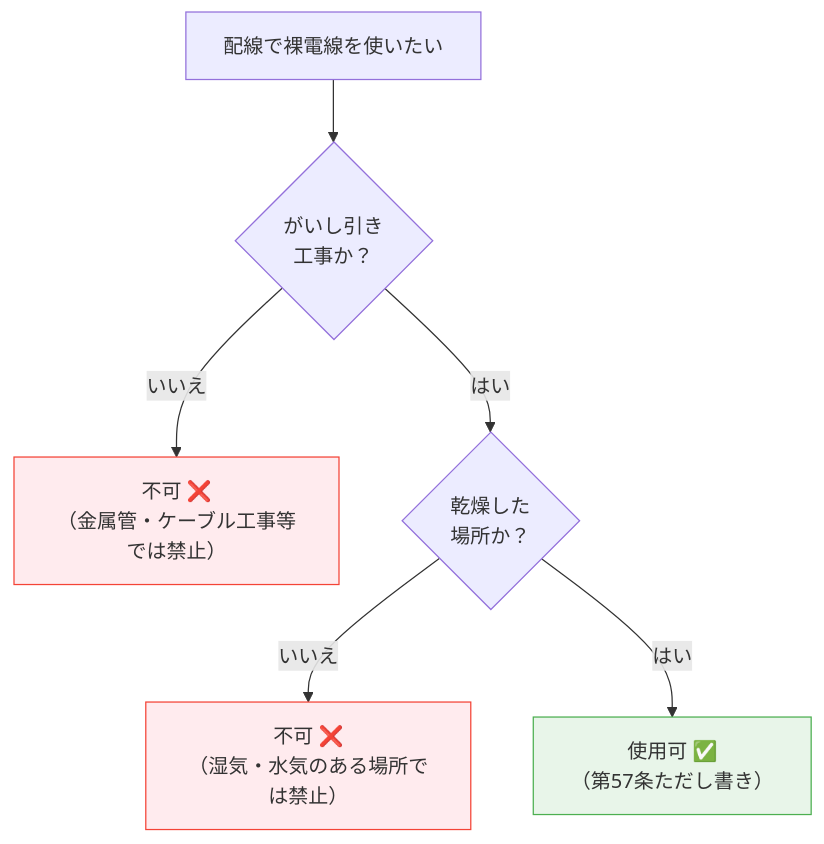
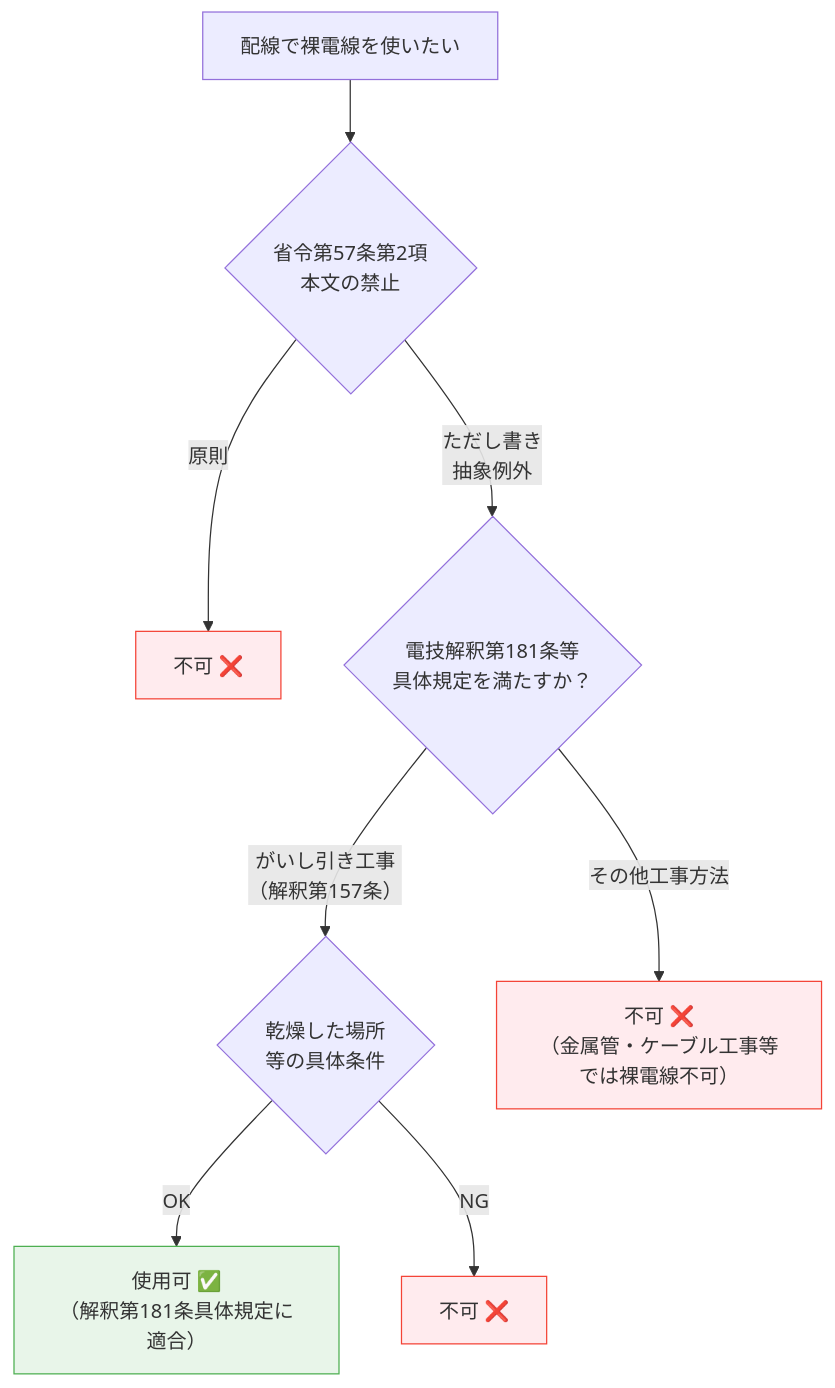
One commit to kfurufuru/denken-wiki changed the diagram in docs/articles/kijun/57.md. Above: the diagram before and after it, drawn with Mermaid. The commit also changed other lines of this file and 13 other files, not shown here.

````diff
--- a/docs/articles/kijun/57.md
+++ b/docs/articles/kijun/57.md
@@ -170,12 +188,15 @@
 ```mermaid
 flowchart TD
-    START["配線で裸電線を使いたい"] --> Q1{"がいし引き<br/>工事か？"}
-    Q1 -->|"いいえ"| NG1["不可 ❌<br/>（金属管・ケーブル工事等では禁止）"]
-    Q1 -->|"はい"| Q2{"乾燥した<br/>場所か？"}
-    Q2 -->|"いいえ"| NG2["不可 ❌<br/>（湿気・水気のある場所では禁止）"]
-    Q2 -->|"はい"| OK["使用可 ✅<br/>（第57条ただし書き）"]
+    START["配線で裸電線を使いたい"] --> Q0{"省令第57条第2項<br/>本文の禁止"}
+    Q0 -->|"原則"| BAN["不可 ❌"]
+    Q0 -->|"ただし書き<br/>抽象例外"| Q1{"電技解釈第181条等<br/>具体規定を満たすか？"}
+    Q1 -->|"がいし引き工事<br/>（解釈第157条）"| Q2{"乾燥した場所<br/>等の具体条件"}
+    Q2 -->|"OK"| OK["使用可 ✅<br/>（解釈第181条具体規定に適合）"]
+    Q2 -->|"NG"| NG2["不可 ❌"]
+    Q1 -->|"その他工事方法"| NG1["不可 ❌<br/>（金属管・ケーブル工事等では裸電線不可）"]
 
     style OK fill:#e8f5e9,stroke:#4caf50
+    style BAN fill:#ffebee,stroke:#f44336
     style NG1 fill:#ffebee,stroke:#f44336
     style NG2 fill:#ffebee,stroke:#f44336
 ```
````
